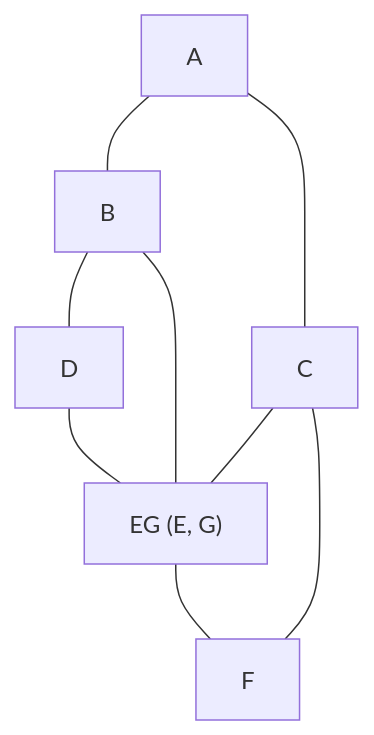
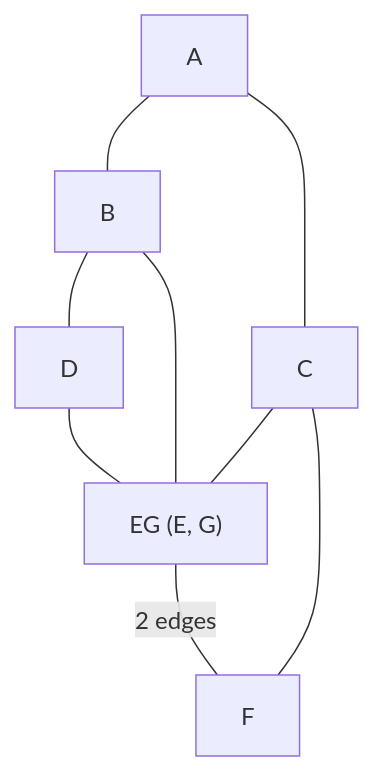
The second of 5 diagrams in partition/k-cut.md (hmdsefi/gograph), drawn with Mermaid before and after one commit. The commit also changed other lines of this file and 1 other file, not shown here.

Commit message:
Show edge counts in the k-cut steps and the stop check in the Girvan-Newman flowchart

````diff
--- a/partition/k-cut.md
+++ b/partition/k-cut.md
@@ -41,12 +41,12 @@
 ```mermaid
 flowchart TD
     EG["EG (E, G)"]
     A --- B
     A --- C
     B --- D
     B --- EG
     C --- EG
     C --- F
     D --- EG
-    EG --- F
+    EG ---|"2 edges"| F
 ```
````
